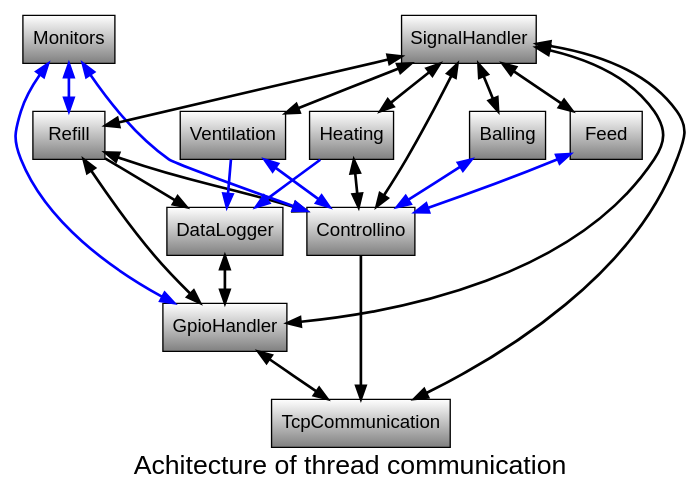
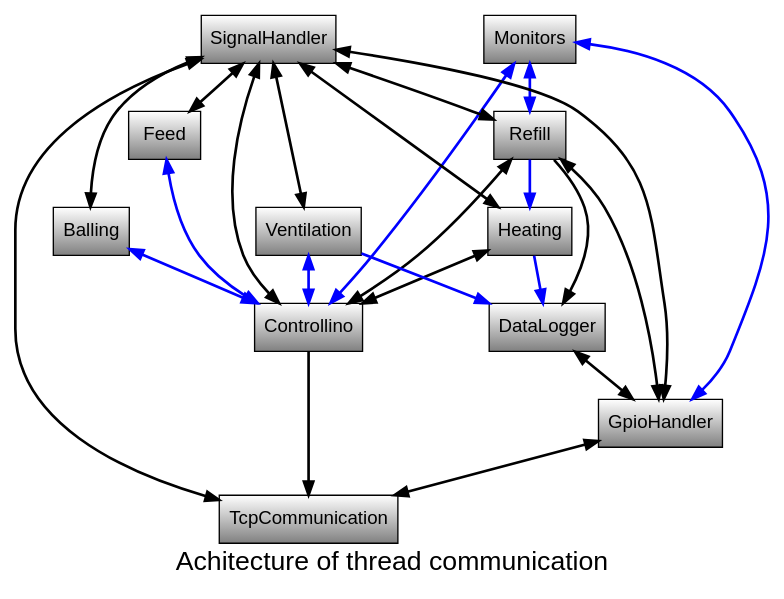
Before and after one commit to aquariumcontrol/aquariumcontrol-core: the diagram in arch/arch-Threads.dot, drawn with Graphviz. The commit also changed 1 other file, not shown here.

Commit message:
added communication from Refill to Heating

```diff
--- a/arch/arch-Threads.dot
+++ b/arch/arch-Threads.dot
@@ -1,42 +1,43 @@
 digraph archRefill {
     fontname="Helvetica,Arial,sans-serif"
     node [fontname="Helvetica,Arial,sans-serif"]
     edge [fontname="Helvetica,Arial,sans-serif"][penwidth=2.0]
     node [shape=box fillcolor="white:gray" style=filled gradientangle=270] Refill;
     node [shape=box fillcolor="white:gray" style=filled gradientangle=270] DataLogger;
     node [shape=box fillcolor="white:gray" style=filled gradientangle=270] Balling;
     node [shape=box fillcolor="white:gray" style=filled gradientangle=270] Feed;
     node [shape=box fillcolor="white:gray" style=filled gradientangle=270] Heating;
     node [shape=box fillcolor="white:gray" style=filled gradientangle=270] Ventilation;
     node [shape=box fillcolor="white:gray" style=filled gradientangle=270] Monitors;
     node [shape=box fillcolor="white:gray" style=filled gradientangle=270] Controllino;
     node [shape=box fillcolor="white:gray" style=filled gradientangle=270] GpioHandler;
     node [shape=box fillcolor="white:gray" style=filled gradientangle=270] SignalHandler;
     node [shape=box fillcolor="white:gray" style=filled gradientangle=270] TcpCommunication;
     
     Refill->GpioHandler [dir=both];
     Refill->Controllino [dir=both];
     DataLogger->GpioHandler [dir=both];
     Refill->DataLogger;
+    Refill->Heating [color=blue];
     SignalHandler->Refill [dir=both];
     SignalHandler->GpioHandler [dir=both];
     SignalHandler->TcpCommunication [dir=both];
     SignalHandler->Controllino [dir=both];
     SignalHandler->Balling [dir=both];
     SignalHandler->Feed [dir=both];
     SignalHandler->Heating [dir=both];
     SignalHandler->Ventilation [dir=both];
     Controllino->TcpCommunication;
     GpioHandler->TcpCommunication [dir=both];
     Balling->Controllino [dir=both,color=blue];
     Feed->Controllino [dir=both,color=blue];
     Heating->DataLogger [color=blue];
     Heating->Controllino [dir=both];
     Ventilation->DataLogger [color=blue];
     Ventilation->Controllino [dir=both,color=blue];
     Monitors->GpioHandler [dir=both,color=blue];
     Monitors->Controllino [dir=both,color=blue];
     Monitors->Refill [dir=both,color=blue]
     label="Achitecture of thread communication";
     fontsize=20;
 }
```
